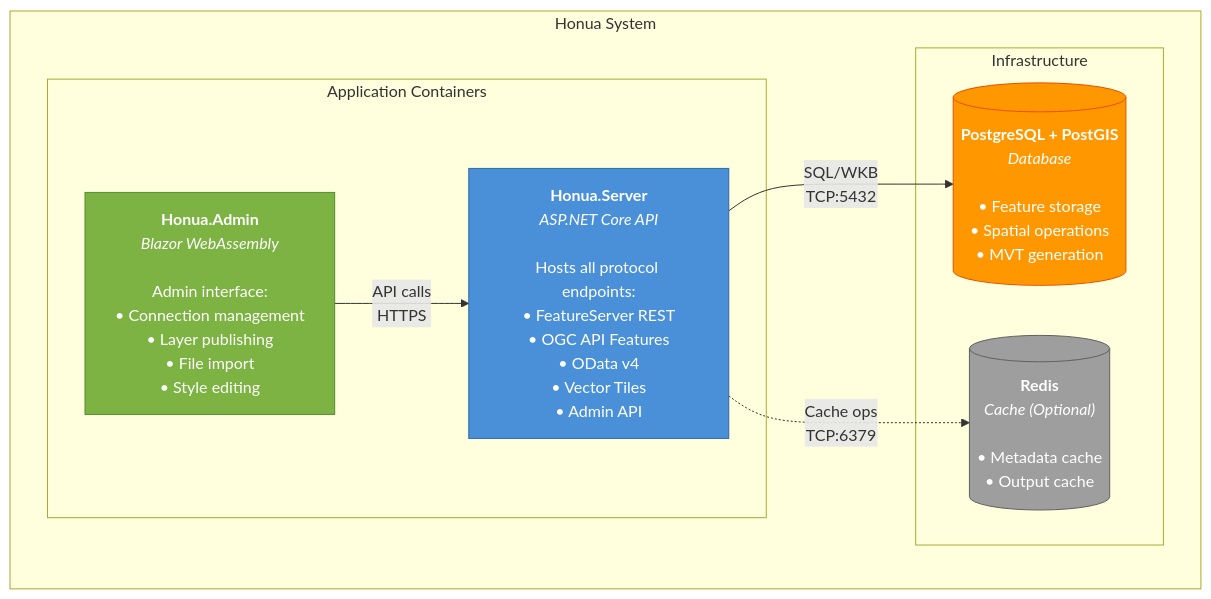
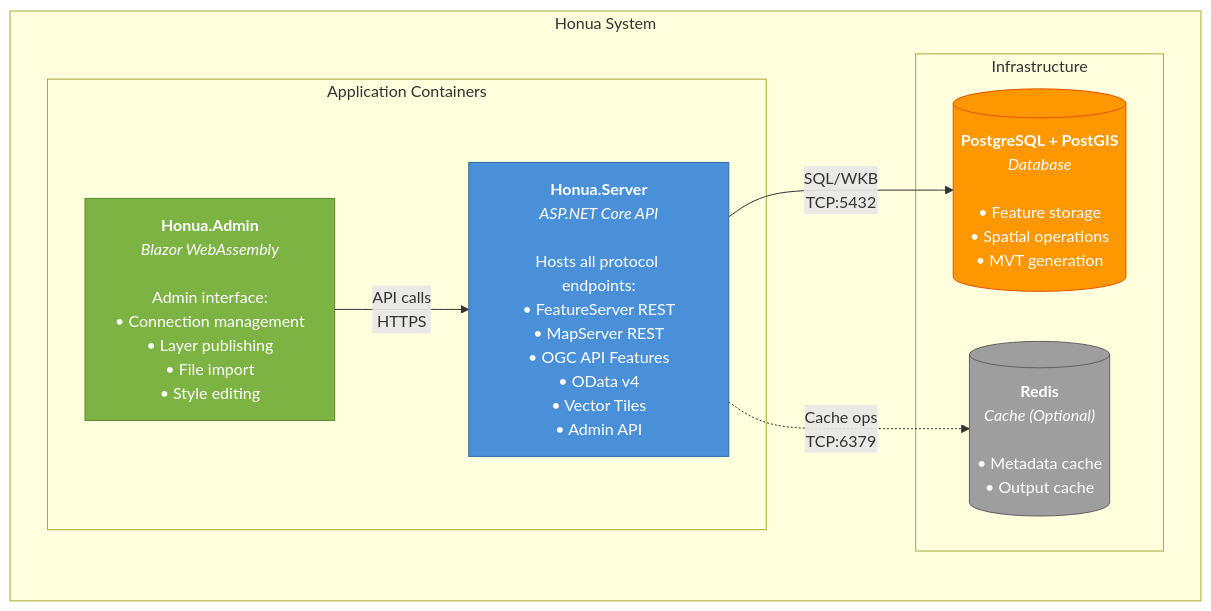
One commit to honua-io/honua-server changed the third of 12 diagrams in docs/contributor/ARCHITECTURE_DIAGRAMS.md. Above: the diagram before and after it, drawn with Mermaid. The commit also changed other lines of this file and 17 other files, not shown here.

Commit message:
docs: include MapServer across docs and site (#297)

````diff
--- a/docs/contributor/ARCHITECTURE_DIAGRAMS.md
+++ b/docs/contributor/ARCHITECTURE_DIAGRAMS.md
@@ -81,25 +81,25 @@
 ```mermaid
 graph TB
     subgraph "Honua System"
         subgraph "Application Containers"
-            Server["<b>Honua.Server</b><br/><i>ASP.NET Core API</i><br/><br/>Hosts all protocol endpoints:<br/>• FeatureServer REST<br/>• OGC API Features<br/>• OData v4<br/>• Vector Tiles<br/>• Admin API"]
+            Server["<b>Honua.Server</b><br/><i>ASP.NET Core API</i><br/><br/>Hosts all protocol endpoints:<br/>• FeatureServer REST<br/>• MapServer REST<br/>• OGC API Features<br/>• OData v4<br/>• Vector Tiles<br/>• Admin API"]
 
             AdminUI["<b>Honua.Admin</b><br/><i>Blazor WebAssembly</i><br/><br/>Admin interface:<br/>• Connection management<br/>• Layer publishing<br/>• File import<br/>• Style editing"]
         end
 
         subgraph "Infrastructure"
             DB[("<b>PostgreSQL + PostGIS</b><br/><i>Database</i><br/><br/>• Feature storage<br/>• Spatial operations<br/>• MVT generation")]
 
             Redis[("<b>Redis</b><br/><i>Cache (Optional)</i><br/><br/>• Metadata cache<br/>• Output cache")]
         end
     end
 
     AdminUI -->|"API calls<br/>HTTPS"| Server
     Server -->|"SQL/WKB<br/>TCP:5432"| DB
     Server -.->|"Cache ops<br/>TCP:6379"| Redis
 
     style Server fill:#4A90D9,stroke:#2E6BA6,color:#fff
     style AdminUI fill:#7CB342,stroke:#558B2F,color:#fff
     style DB fill:#FF9800,stroke:#E65100,color:#fff
     style Redis fill:#9E9E9E,stroke:#616161,color:#fff
 ```
````
